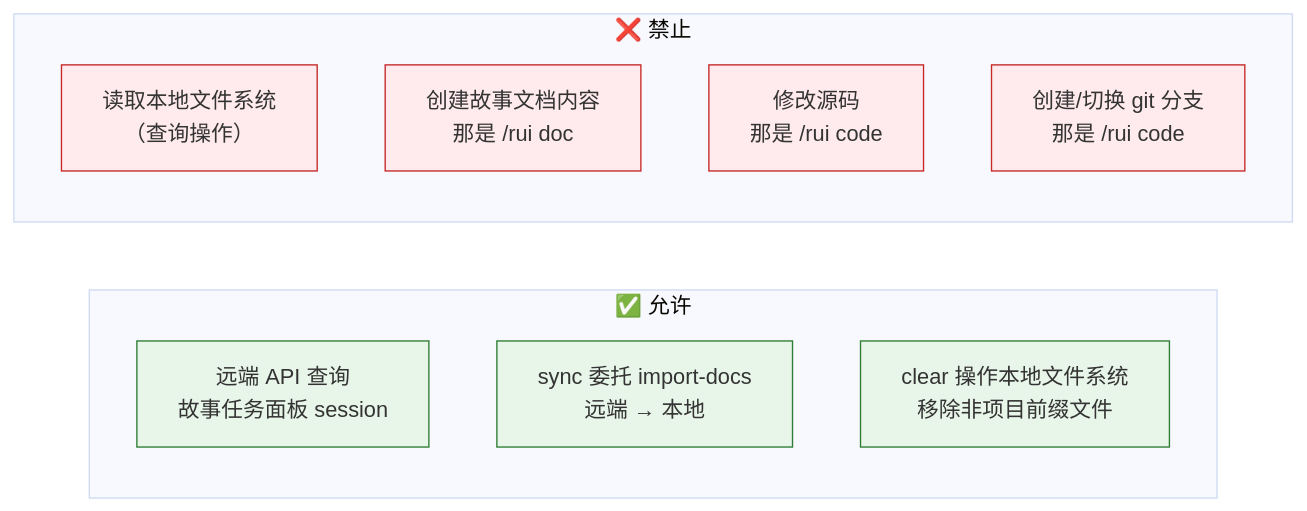
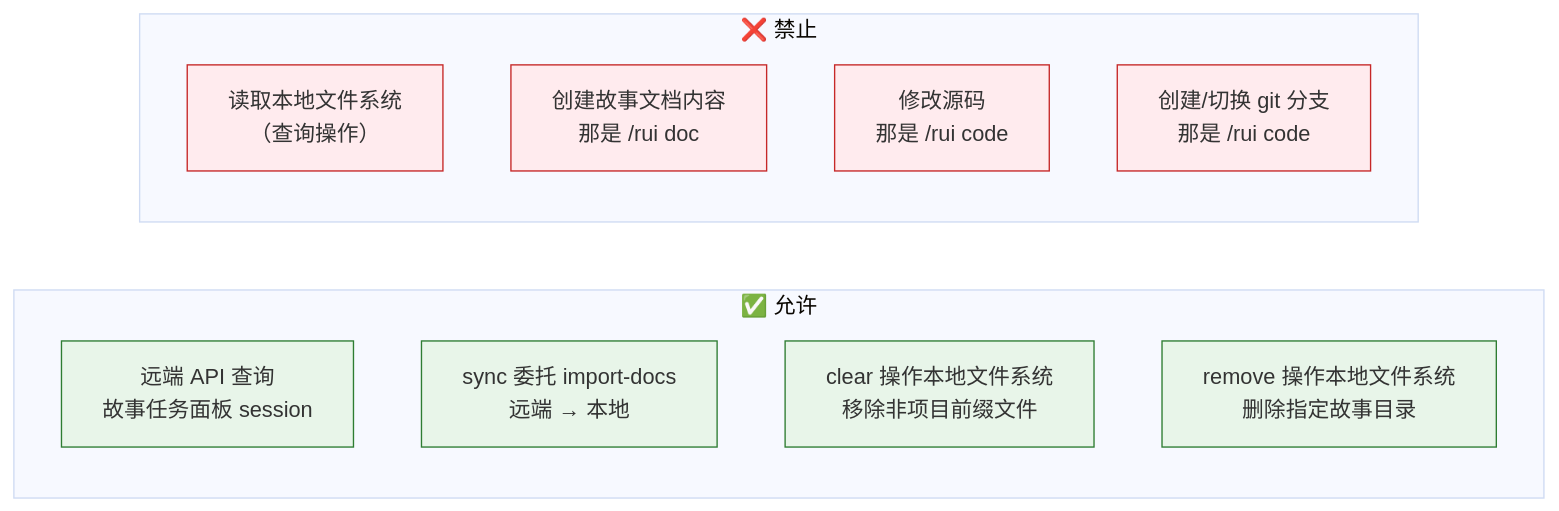
Before and after one commit to effiy/YrY: the third of 13 diagrams in skills/rui-story/SKILL.md, drawn with Mermaid (base theme). The commit also changed other lines of this file and 3 other files, not shown here.

````diff
--- a/skills/rui-story/SKILL.md
+++ b/skills/rui-story/SKILL.md
@@ -83,17 +85,18 @@
 ```mermaid
 flowchart LR
     subgraph 允许["✅ 允许"]
         A1["远端 API 查询<br/>故事任务面板 session"]:::ok
         A2["sync 委托 import-docs<br/>远端 → 本地"]:::ok
         A3["clear 操作本地文件系统<br/>移除非项目前缀文件"]:::ok
+        A4["remove 操作本地文件系统<br/>删除指定故事目录"]:::ok
     end
     subgraph 禁止["❌ 禁止"]
         B1["读取本地文件系统<br/>（查询操作）"]:::bad
         B2["创建故事文档内容<br/>那是 /rui doc"]:::bad
         B3["修改源码<br/>那是 /rui code"]:::bad
         B4["创建/切换 git 分支<br/>那是 /rui code"]:::bad
     end
 
     classDef ok fill:#e8f5e9,stroke:#2e7d32;
     classDef bad fill:#ffebee,stroke:#c62828;
 ```
````
